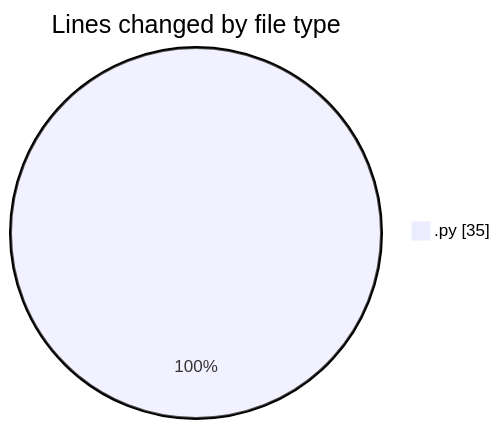
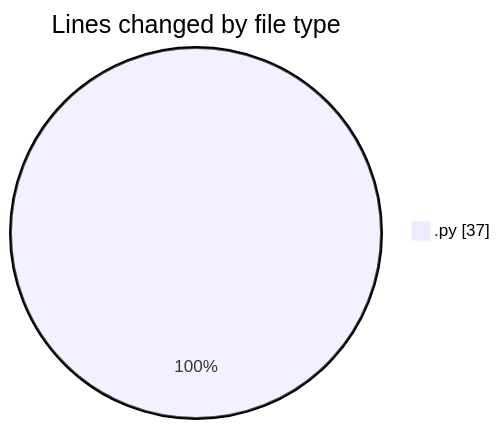
The first of 2 diagrams in 2026-02-21/student_performance_system/README.md (hasnaa123/code-tracking), drawn with Mermaid before and after one commit. The commit also changed other lines of this file and 1 other file, not shown here.

````diff
--- a/2026-02-21/student_performance_system/README.md
+++ b/2026-02-21/student_performance_system/README.md
@@ -20,5 +20,5 @@
 ```mermaid
 pie showData
 title Lines changed by file type
-".py" : 35
+".py" : 37
 ```
````
